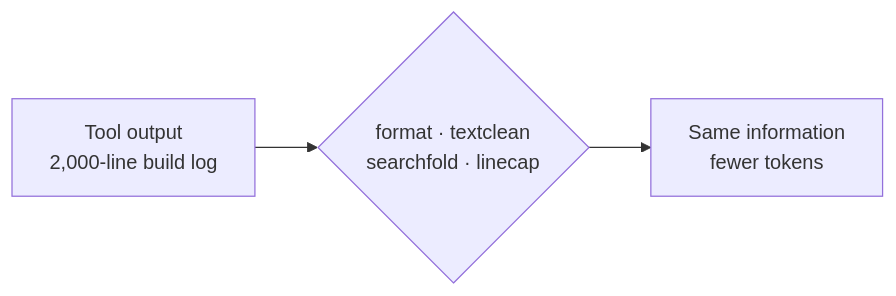
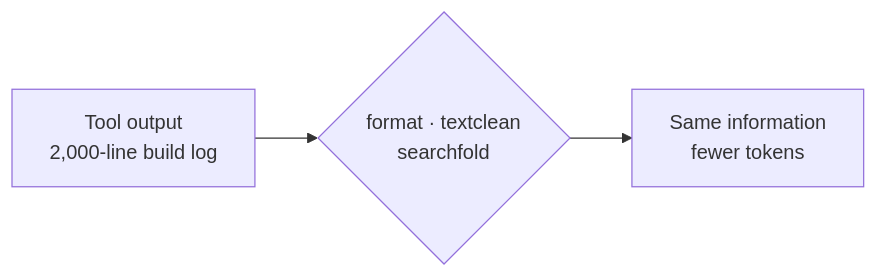
One commit to rossoctl/context-guru changed the first of 4 diagrams in docs/get-started/how-it-saves.md. Above: the diagram before and after it, drawn with Mermaid. The commit also changed other lines of this file and 104 other files, not shown here.

````diff
--- a/docs/get-started/how-it-saves.md
+++ b/docs/get-started/how-it-saves.md
@@ -14,5 +14,5 @@
     ```mermaid
     flowchart LR
-      A[Tool output<br/>2,000-line build log] --> B{format · textclean<br/>searchfold · linecap}
+      A[Tool output<br/>2,000-line build log] --> B{format · textclean<br/>searchfold}
       B --> C[Same information<br/>fewer tokens]
     ```
````
